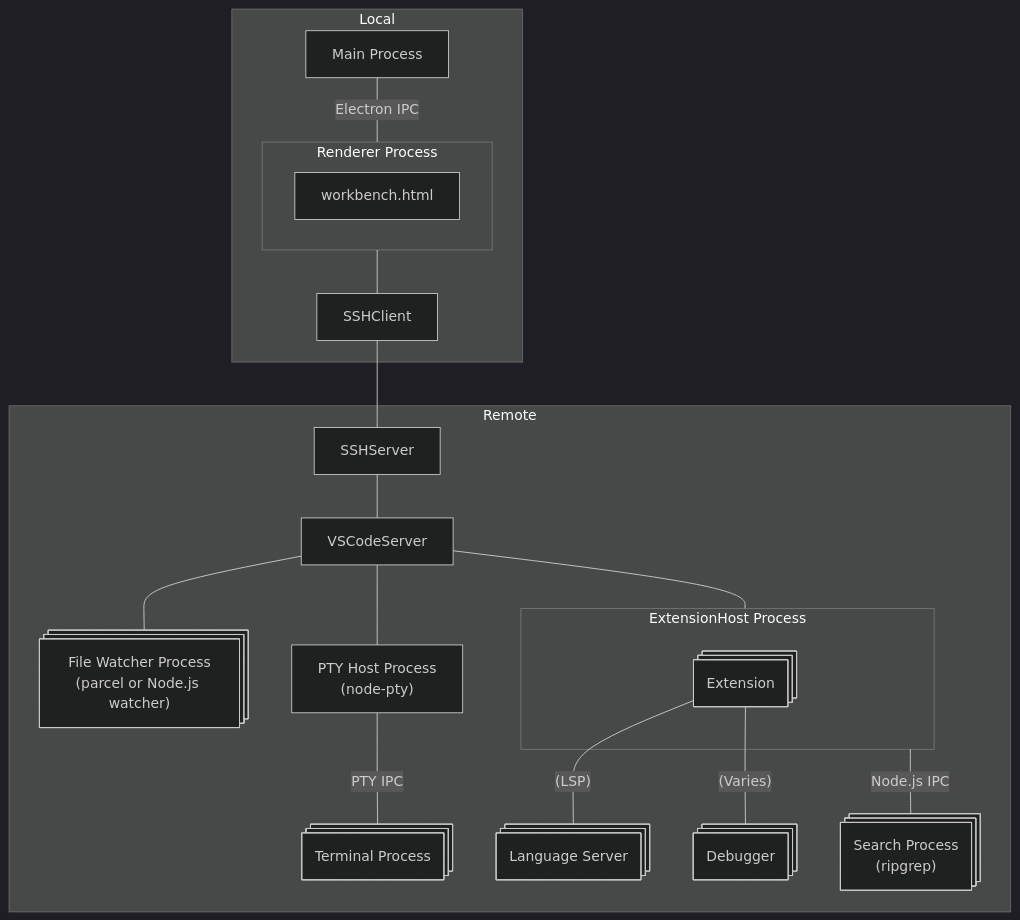
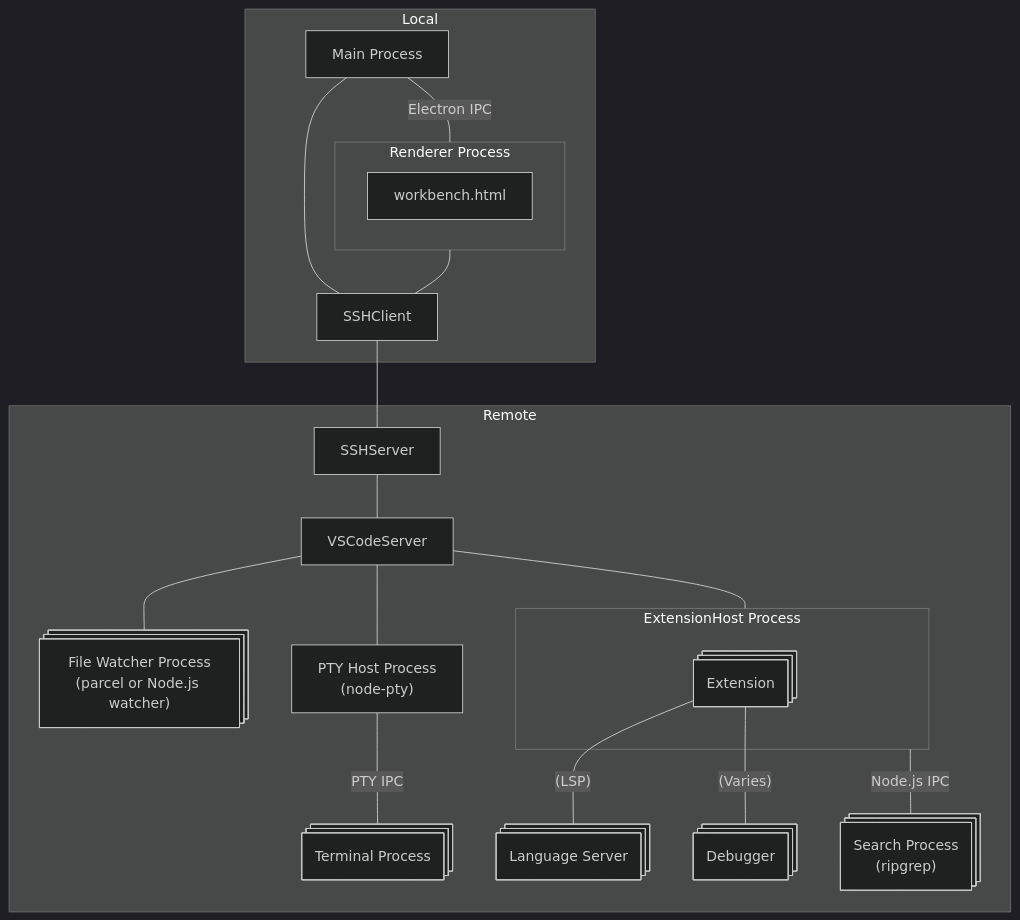
One commit to tamuratak/latex-toybox changed the diagram in dev/memo/arch_of_vscode_remote.md. Above: the diagram before and after it, drawn with Mermaid (dark theme).

Commit message:
fixup! fixup! fixup! fixup! fixup! fixup! fixup! fixup! fixup! fixup! feat: Add flowchart diagram for VS Code architecture in arch_of_vscode.md [skip ci]

````diff
--- a/dev/memo/arch_of_vscode_remote.md
+++ b/dev/memo/arch_of_vscode_remote.md
@@ -4,34 +4,35 @@
 ```mermaid
 flowchart TB
     subgraph Local
         MainProcess[Main Process]
         subgraph RendererProcess [Renderer Process]
             workbench.html
         end
         SSHClient
     end
     subgraph Remote
         SSHServer
         VSCodeServer
         subgraph ExtensionHostProcess  [ExtensionHost Process]
             Extension@{ shape: procs }
         end
         SearchProcess@{ shape: procs, label: "Search Process<br/>(ripgrep)" }
         PTYHostProcess@{ label: "PTY Host Process<br/>(node-pty)" }
         TerminalProcess@{ shape: procs, label: "Terminal Process" }
         FileWatcherProcess@{ shape: procs, label: "File Watcher Process<br/>(parcel or Node.js watcher)" }
         LanguageServer@{ shape: procs, label: "Language Server" }
         Debugger@{ shape: procs }
     end
     MainProcess -- Electron IPC --- RendererProcess
+    MainProcess --- SSHClient
     RendererProcess --- SSHClient
     SSHClient --- SSHServer
     SSHServer --- VSCodeServer
     VSCodeServer --- ExtensionHostProcess
     VSCodeServer --- FileWatcherProcess
     VSCodeServer --- PTYHostProcess
     PTYHostProcess -- PTY IPC --- TerminalProcess
     ExtensionHostProcess -- Node.js IPC --- SearchProcess
     Extension -- (LSP) --- LanguageServer
     Extension -- (Varies) --- Debugger
 ```
````
